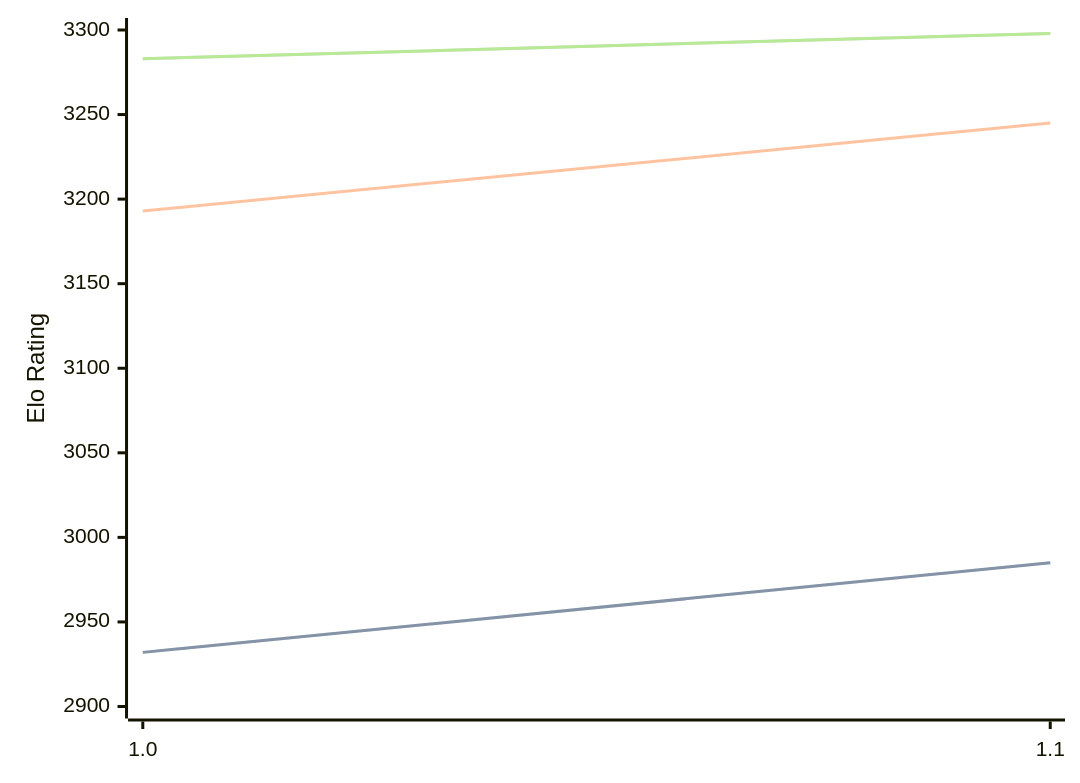
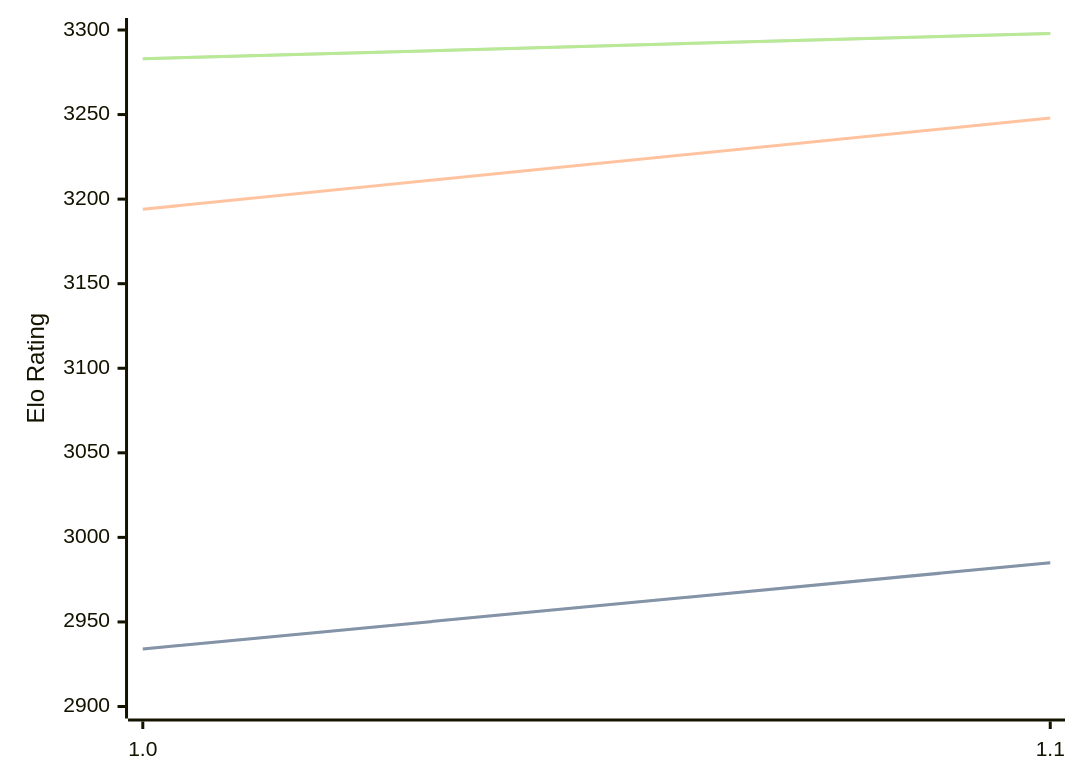
One commit to computer-chess-index/cci changed the diagram in engines/RodentV.md. Above: the diagram before and after it, drawn with Mermaid. The commit also changed other lines of this file, not shown here.

````diff
--- a/engines/RodentV.md
+++ b/engines/RodentV.md
@@ -32,11 +32,11 @@
 ```mermaid
 %%{init: {"theme":"base","themeVariables":{"seriesColors:['#a3a3a3','#222221','#faa371']}}}%%
 xychart-beta
   x-axis ["1.0", "1.1"]
   y-axis "Elo Rating" 2900 --> 3300
-  line "" [2932, 2985]
-  line "STC (8.0+0.08s)" [2932, 2985]
-  line "LTC (60.0+0.60s)" [3193, 3245]
+  line "" [2934, 2985]
+  line "STC (8.0+0.08s)" [2934, 2985]
+  line "LTC (60.0+0.60s)" [3194, 3248]
   line "" [3283, 3298]
   line "VLTC (2m24s+1.12s)" [3283, 3298]
 ```
````
